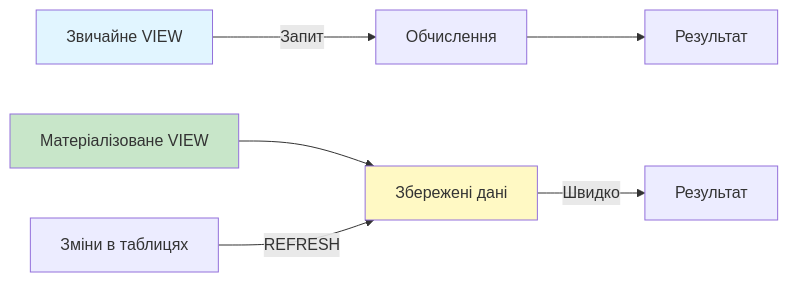
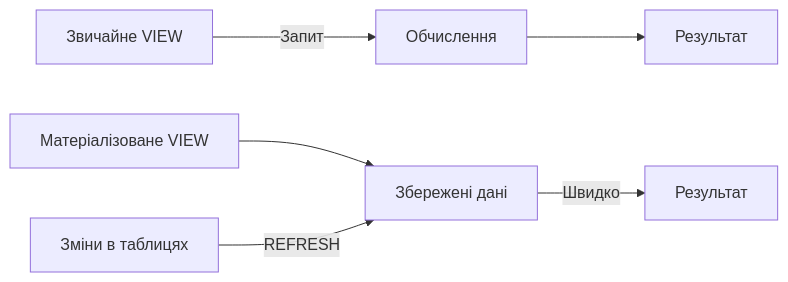
One commit to olroi421/course-bd changed the fifth of 6 diagrams in docs/presentations/presentation-10.md. Above: the diagram before and after it, drawn with Mermaid. The commit also changed other lines of this file, not shown here.

````diff
--- a/docs/presentations/presentation-10.md
+++ b/docs/presentations/presentation-10.md
@@ -705,14 +698,10 @@
 ```mermaid
 graph LR
     A[Звичайне VIEW] -->|Запит| B[Обчислення]
     B --> C[Результат]
 
     D[Матеріалізоване VIEW] --> E[Збережені дані]
     E -->|Швидко| F[Результат]
 
     G[Зміни в таблицях] -->|REFRESH| E
-
-    style A fill:#e1f5ff
-    style D fill:#c8e6c9
-    style E fill:#fff9c4
 ```
````
